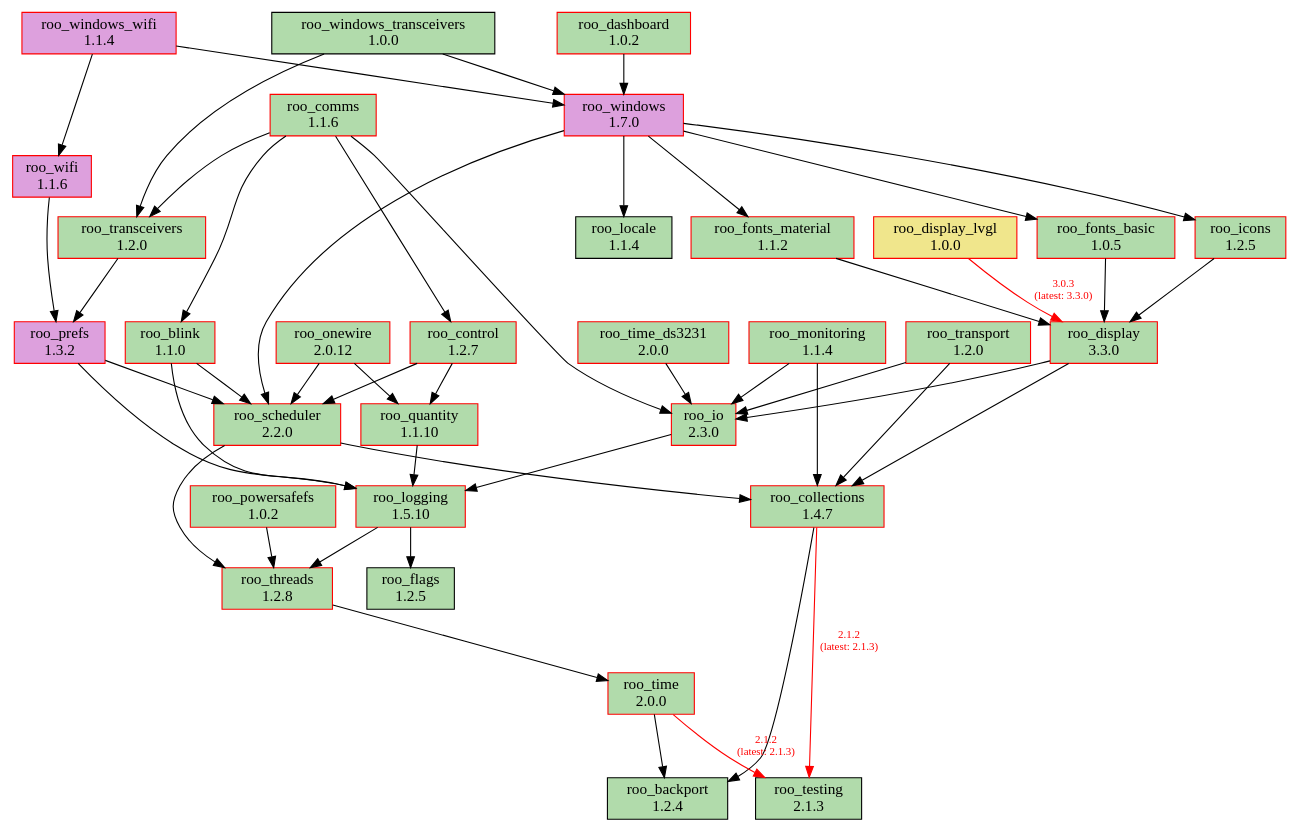
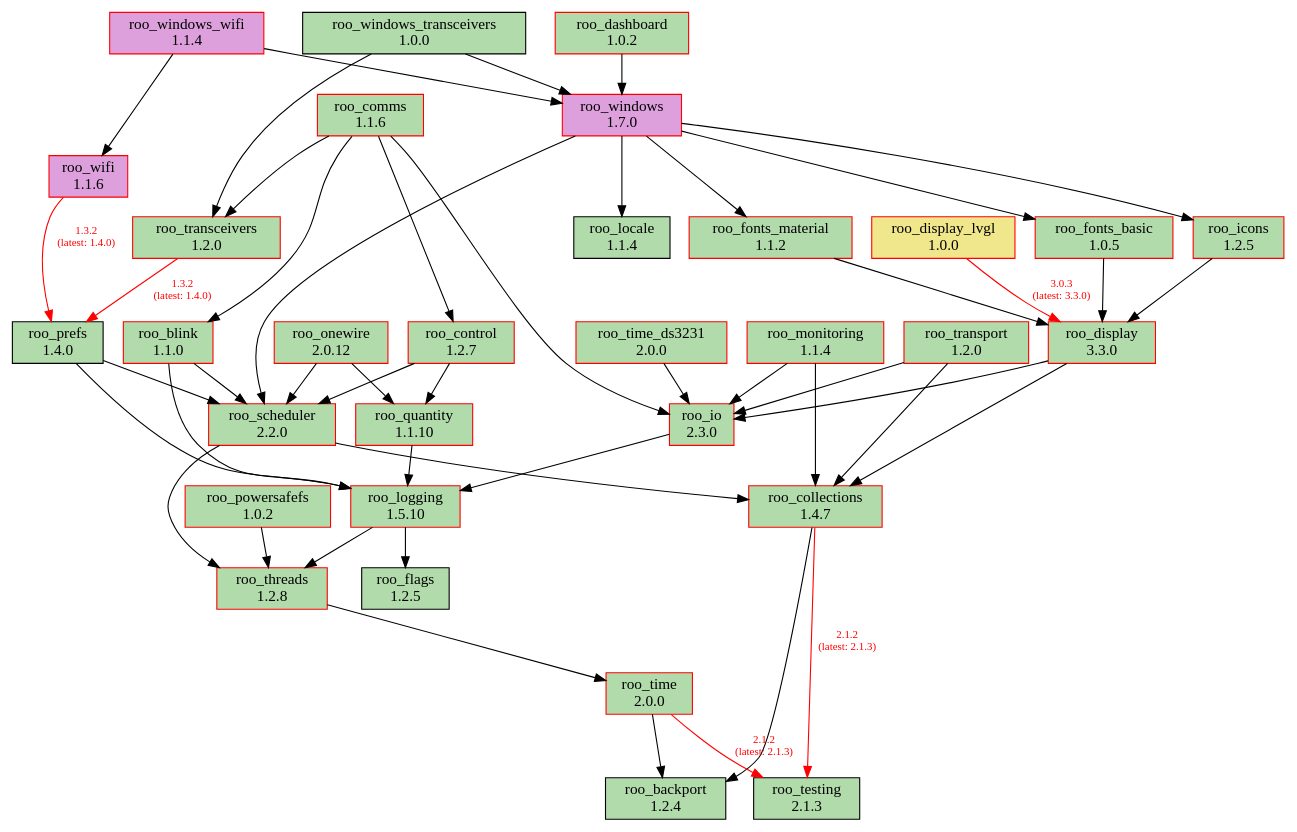
One commit to dejwk/roo-registry changed the diagram in doc/dependencies.dot. Above: the diagram before and after it, drawn with Graphviz. The commit also changed 3 other files, not shown here.

Commit message:
Added roo_prefs 1.4.0 to the registry.

```diff
--- a/doc/dependencies.dot
+++ b/doc/dependencies.dot
@@ -1,87 +1,87 @@
 digraph dependencies {
     rankdir=TB;
     node [shape=box, style=filled];
     edge [fontsize=10];
 
     // Modules
     "roo_backport" [label="roo_backport\n1.2.4", fillcolor="#b1dbab", color="black"];
     "roo_blink" [label="roo_blink\n1.1.0", fillcolor="#b1dbab", color="red"];
     "roo_collections" [label="roo_collections\n1.4.7", fillcolor="#b1dbab", color="red"];
     "roo_comms" [label="roo_comms\n1.1.6", fillcolor="#b1dbab", color="red"];
     "roo_control" [label="roo_control\n1.2.7", fillcolor="#b1dbab", color="red"];
     "roo_dashboard" [label="roo_dashboard\n1.0.2", fillcolor="#b1dbab", color="red"];
     "roo_display" [label="roo_display\n3.3.0", fillcolor="#b1dbab", color="red"];
     "roo_display_lvgl" [label="roo_display_lvgl\n1.0.0", fillcolor="khaki", color="red"];
     "roo_flags" [label="roo_flags\n1.2.5", fillcolor="#b1dbab", color="black"];
     "roo_fonts_basic" [label="roo_fonts_basic\n1.0.5", fillcolor="#b1dbab", color="red"];
     "roo_fonts_material" [label="roo_fonts_material\n1.1.2", fillcolor="#b1dbab", color="red"];
     "roo_icons" [label="roo_icons\n1.2.5", fillcolor="#b1dbab", color="red"];
     "roo_io" [label="roo_io\n2.3.0", fillcolor="#b1dbab", color="red"];
     "roo_locale" [label="roo_locale\n1.1.4", fillcolor="#b1dbab", color="black"];
     "roo_logging" [label="roo_logging\n1.5.10", fillcolor="#b1dbab", color="red"];
     "roo_monitoring" [label="roo_monitoring\n1.1.4", fillcolor="#b1dbab", color="red"];
     "roo_onewire" [label="roo_onewire\n2.0.12", fillcolor="#b1dbab", color="red"];
     "roo_powersafefs" [label="roo_powersafefs\n1.0.2", fillcolor="#b1dbab", color="red"];
-    "roo_prefs" [label="roo_prefs\n1.3.2", fillcolor="plum", color="red"];
+    "roo_prefs" [label="roo_prefs\n1.4.0", fillcolor="#b1dbab", color="black"];
     "roo_quantity" [label="roo_quantity\n1.1.10", fillcolor="#b1dbab", color="red"];
     "roo_scheduler" [label="roo_scheduler\n2.2.0", fillcolor="#b1dbab", color="red"];
     "roo_testing" [label="roo_testing\n2.1.3", fillcolor="#b1dbab", color="black"];
     "roo_threads" [label="roo_threads\n1.2.8", fillcolor="#b1dbab", color="red"];
     "roo_time" [label="roo_time\n2.0.0", fillcolor="#b1dbab", color="red"];
     "roo_time_ds3231" [label="roo_time_ds3231\n2.0.0", fillcolor="#b1dbab", color="red"];
     "roo_transceivers" [label="roo_transceivers\n1.2.0", fillcolor="#b1dbab", color="red"];
     "roo_transport" [label="roo_transport\n1.2.0", fillcolor="#b1dbab", color="red"];
     "roo_wifi" [label="roo_wifi\n1.1.6", fillcolor="plum", color="red"];
     "roo_windows" [label="roo_windows\n1.7.0", fillcolor="plum", color="red"];
     "roo_windows_transceivers" [label="roo_windows_transceivers\n1.0.0", fillcolor="#b1dbab", color="black"];
     "roo_windows_wifi" [label="roo_windows_wifi\n1.1.4", fillcolor="plum", color="red"];
 
     // Dependencies
     "roo_blink" -> "roo_logging";
     "roo_blink" -> "roo_scheduler";
     "roo_collections" -> "roo_testing" [color=red, fontcolor=red, label="2.1.2\n(latest: 2.1.3)"];
     "roo_collections" -> "roo_backport";
     "roo_comms" -> "roo_blink";
     "roo_comms" -> "roo_control";
     "roo_comms" -> "roo_io";
     "roo_comms" -> "roo_transceivers";
     "roo_control" -> "roo_quantity";
     "roo_control" -> "roo_scheduler";
     "roo_dashboard" -> "roo_windows";
     "roo_display" -> "roo_collections";
     "roo_display" -> "roo_io";
     "roo_display_lvgl" -> "roo_display" [color=red, fontcolor=red, label="3.0.3\n(latest: 3.3.0)"];
     "roo_fonts_basic" -> "roo_display";
     "roo_fonts_material" -> "roo_display";
     "roo_icons" -> "roo_display";
     "roo_io" -> "roo_logging";
     "roo_logging" -> "roo_flags";
     "roo_logging" -> "roo_threads";
     "roo_monitoring" -> "roo_collections";
     "roo_monitoring" -> "roo_io";
     "roo_onewire" -> "roo_scheduler";
     "roo_onewire" -> "roo_quantity";
     "roo_powersafefs" -> "roo_threads";
     "roo_prefs" -> "roo_logging";
     "roo_prefs" -> "roo_scheduler";
     "roo_quantity" -> "roo_logging";
     "roo_scheduler" -> "roo_collections";
     "roo_scheduler" -> "roo_threads";
     "roo_threads" -> "roo_time";
     "roo_time" -> "roo_testing" [color=red, fontcolor=red, label="2.1.2\n(latest: 2.1.3)"];
     "roo_time" -> "roo_backport";
     "roo_time_ds3231" -> "roo_io";
-    "roo_transceivers" -> "roo_prefs";
+    "roo_transceivers" -> "roo_prefs" [color=red, fontcolor=red, label="1.3.2\n(latest: 1.4.0)"];
     "roo_transport" -> "roo_collections";
     "roo_transport" -> "roo_io";
-    "roo_wifi" -> "roo_prefs";
+    "roo_wifi" -> "roo_prefs" [color=red, fontcolor=red, label="1.3.2\n(latest: 1.4.0)"];
     "roo_windows" -> "roo_fonts_basic";
     "roo_windows" -> "roo_fonts_material";
     "roo_windows" -> "roo_locale";
     "roo_windows" -> "roo_icons";
     "roo_windows" -> "roo_scheduler";
     "roo_windows_transceivers" -> "roo_transceivers";
     "roo_windows_transceivers" -> "roo_windows";
     "roo_windows_wifi" -> "roo_wifi";
     "roo_windows_wifi" -> "roo_windows";
 }
```
